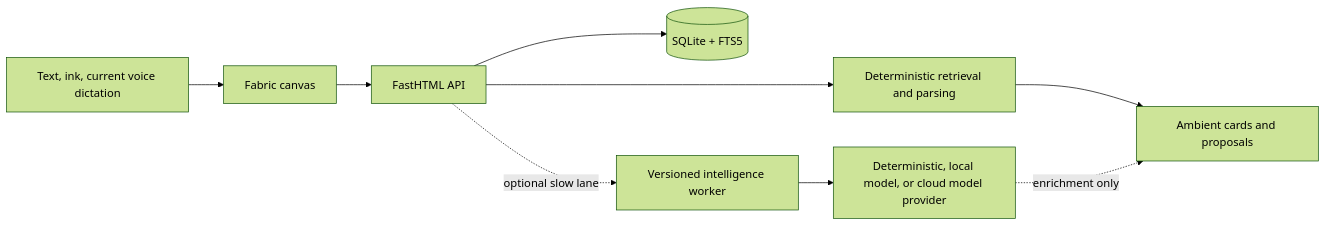
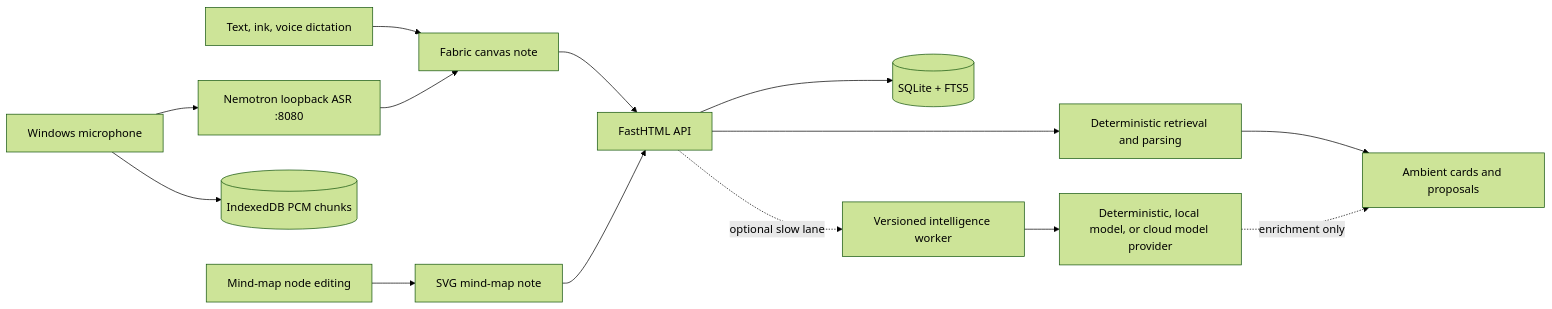
One commit to abhisheksreesaila/personalnote changed the first of 2 diagrams in docs/PRODUCT-BRIEF.md. Above: the diagram before and after it, drawn with Mermaid (forest theme). The commit also changed other lines of this file and 39 other files, not shown here.

````diff
--- a/docs/PRODUCT-BRIEF.md
+++ b/docs/PRODUCT-BRIEF.md
@@ -57,11 +58,16 @@
 ```mermaid
 flowchart LR
-    Capture[Text, ink, current voice dictation] --> Canvas[Fabric canvas]
+    Capture[Text, ink, voice dictation] --> Canvas[Fabric canvas note]
+    Branch[Mind-map node editing] --> Map[SVG mind-map note]
+    Mic[Windows microphone] --> Audio[(IndexedDB PCM chunks)]
+    Mic --> ASR[Nemotron loopback ASR :8080]
+    ASR --> Canvas
     Canvas --> API[FastHTML API]
+    Map --> API
     API --> DB[(SQLite + FTS5)]
     API --> Local[Deterministic retrieval and parsing]
     Local --> UI[Ambient cards and proposals]
     API -. optional slow lane .-> Worker[Versioned intelligence worker]
     Worker --> Provider[Deterministic, local model, or cloud model provider]
     Provider -. enrichment only .-> UI
 ```
````
